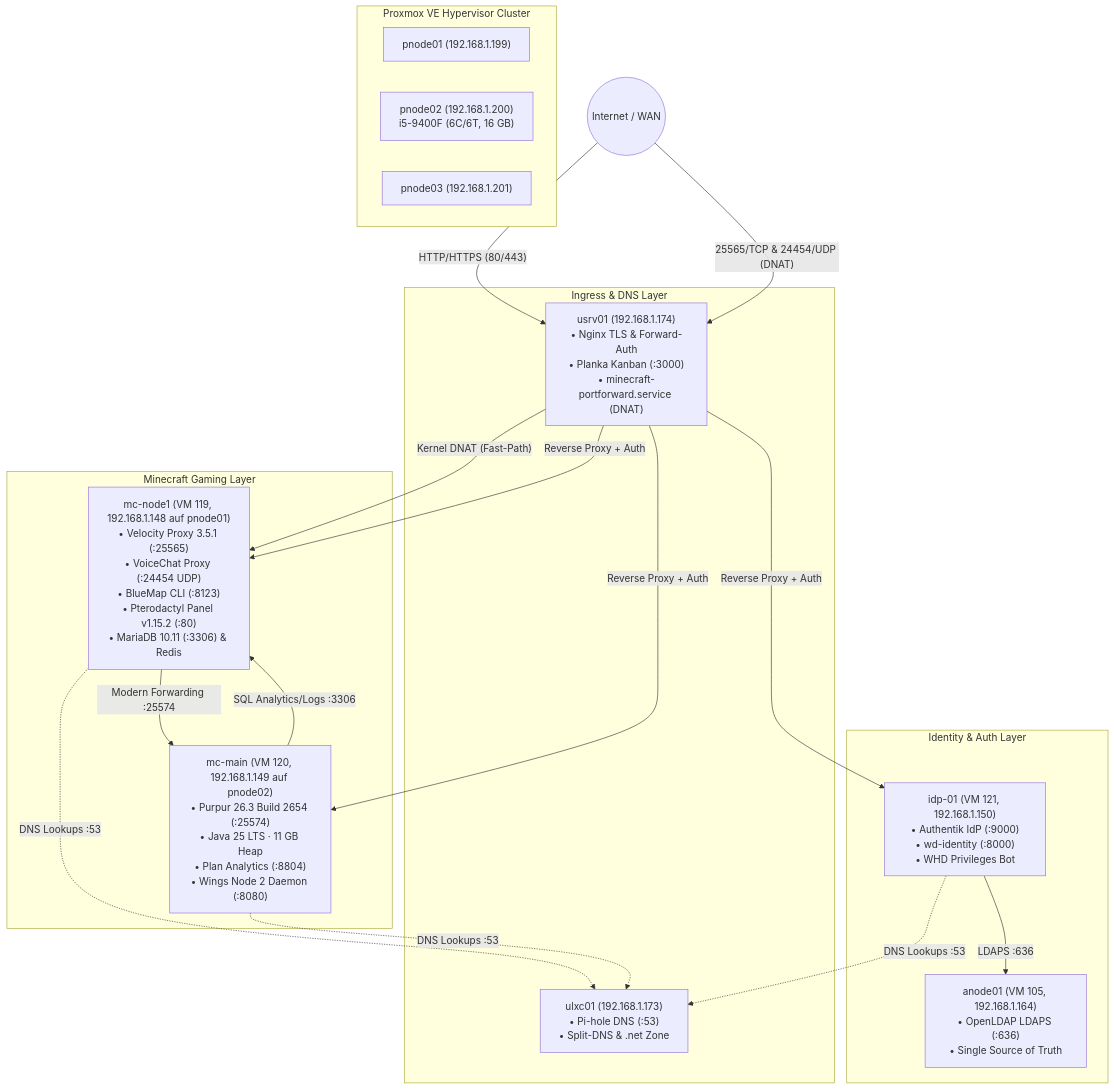
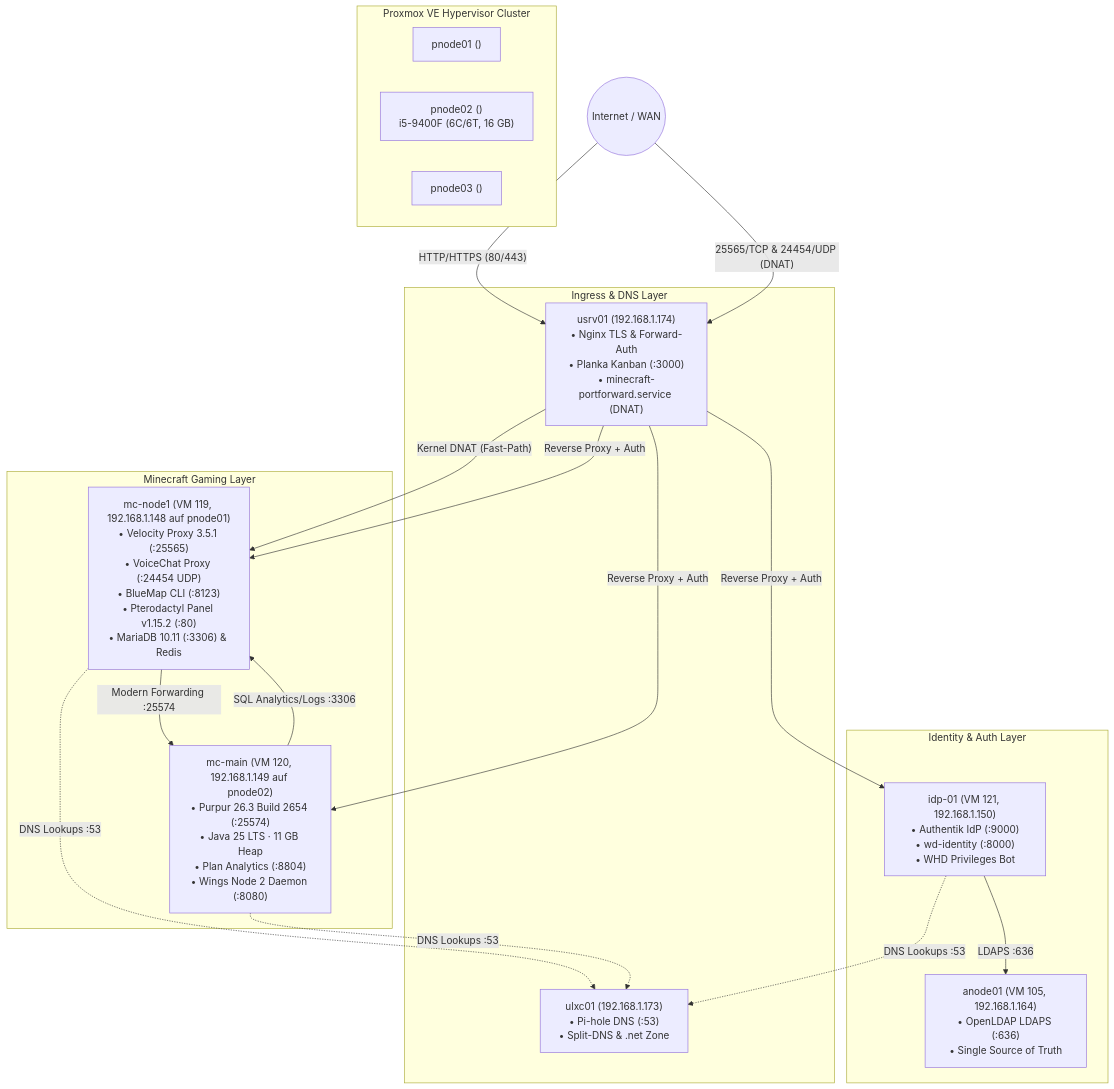
One commit to Tigimax/minecraft-weihnachtsdorf-team changed the first of 2 diagrams in docs/network_dns_firewall_guide.md. Above: the diagram before and after it, drawn with Mermaid. The commit also changed other lines of this file and 39 other files, not shown here.

````diff
--- a/docs/network_dns_firewall_guide.md
+++ b/docs/network_dns_firewall_guide.md
@@ -15,36 +15,36 @@
 ```mermaid
 flowchart TD
     WAN((Internet / WAN))
 
     subgraph hypervisors["Proxmox VE Hypervisor Cluster"]
-        P1["pnode01 (192.168.1.199)"]
-        P2["pnode02 (192.168.1.200)<br/>i5-9400F (6C/6T, 16 GB)"]
-        P3["pnode03 (192.168.1.201)"]
+        P1["pnode01 (<PROXMOX_NODE1_IP>)"]
+        P2["pnode02 (<PROXMOX_NODE2_IP>)<br/>i5-9400F (6C/6T, 16 GB)"]
+        P3["pnode03 (<PROXMOX_NODE3_IP>)"]
     end
 
     subgraph ingress_dns["Ingress & DNS Layer"]
         USRV01["usrv01 (192.168.1.174)<br/>• Nginx TLS & Forward-Auth<br/>• Planka Kanban (:3000)<br/>• minecraft-portforward.service (DNAT)"]
         PIHOLE["ulxc01 (192.168.1.173)<br/>• Pi-hole DNS (:53)<br/>• Split-DNS & .net Zone"]
     end
 
     subgraph identity_layer["Identity & Auth Layer"]
         IDP["idp-01 (VM 121, 192.168.1.150)<br/>• Authentik IdP (:9000)<br/>• wd-identity (:8000)<br/>• WHD Privileges Bot"]
         LDAP["anode01 (VM 105, 192.168.1.164)<br/>• OpenLDAP LDAPS (:636)<br/>• Single Source of Truth"]
     end
 
     subgraph game_layer["Minecraft Gaming Layer"]
         NODE1["mc-node1 (VM 119, 192.168.1.148 auf pnode01)<br/>• Velocity Proxy 3.5.1 (:25565)<br/>• VoiceChat Proxy (:24454 UDP)<br/>• BlueMap CLI (:8123)<br/>• Pterodactyl Panel v1.15.2 (:80)<br/>• MariaDB 10.11 (:3306) & Redis"]
         MAIN["mc-main (VM 120, 192.168.1.149 auf pnode02)<br/>• Purpur 26.3 Build 2654 (:25574)<br/>• Java 25 LTS · 11 GB Heap<br/>• Plan Analytics (:8804)<br/>• Wings Node 2 Daemon (:8080)"]
     end
 
     WAN -- "HTTP/HTTPS (80/443)" --> USRV01
     WAN -- "25565/TCP & 24454/UDP (DNAT)" --> USRV01
     USRV01 -- "Kernel DNAT (Fast-Path)" --> NODE1
     USRV01 -- "Reverse Proxy + Auth" --> IDP
     USRV01 -- "Reverse Proxy + Auth" --> NODE1
     USRV01 -- "Reverse Proxy + Auth" --> MAIN
     NODE1 -- "Modern Forwarding :25574" --> MAIN
     MAIN -- "SQL Analytics/Logs :3306" --> NODE1
     IDP -- "LDAPS :636" --> LDAP
     NODE1 & MAIN & IDP -. "DNS Lookups :53" .-> PIHOLE
 ```
````
